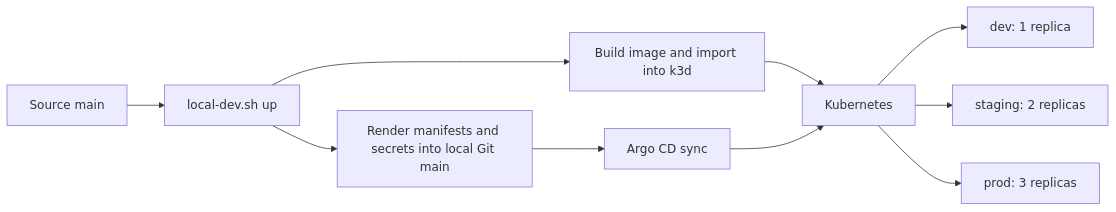
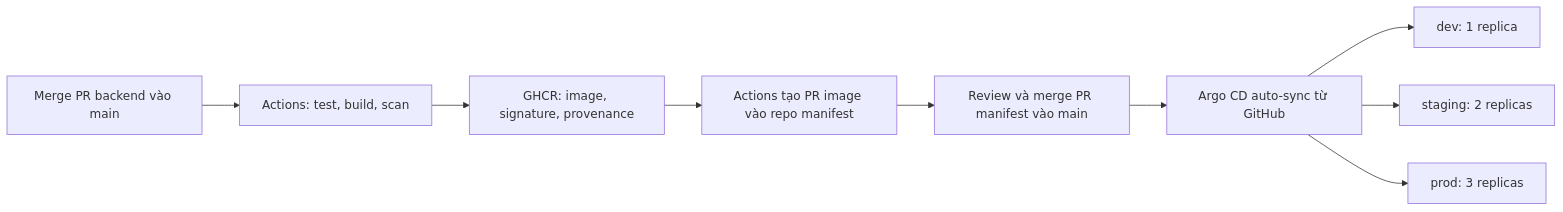
The diagram in README.md (namnd74/gitops-manifests), drawn with Mermaid before and after one commit. The commit also changed other lines of this file and 15 other files, not shown here.

Commit message:
Restore GitHub-driven GitOps bootstrap and three-environment demo

````diff
--- a/README.md
+++ b/README.md
@@ -84,12 +6,11 @@
 ```mermaid
 flowchart LR
-    S[Source main] --> L[local-dev.sh up]
-    L --> I[Build image and import into k3d]
-    L --> G[Render manifests and secrets into local Git main]
-    G --> A[Argo CD sync]
-    I --> K[Kubernetes]
-    A --> K
-    K --> D[dev: 1 replica]
-    K --> T[staging: 2 replicas]
-    K --> P[prod: 3 replicas]
+    B[Merge PR backend vào main] --> C[Actions: test, build, scan]
+    C --> I[GHCR: image, signature, provenance]
+    I --> P[Actions tạo PR image vào repo manifest]
+    P --> M[Review và merge PR manifest vào main]
+    M --> A[Argo CD auto-sync từ GitHub]
+    A --> D[dev: 1 replica]
+    A --> S[staging: 2 replicas]
+    A --> R[prod: 3 replicas]
 ```
````
